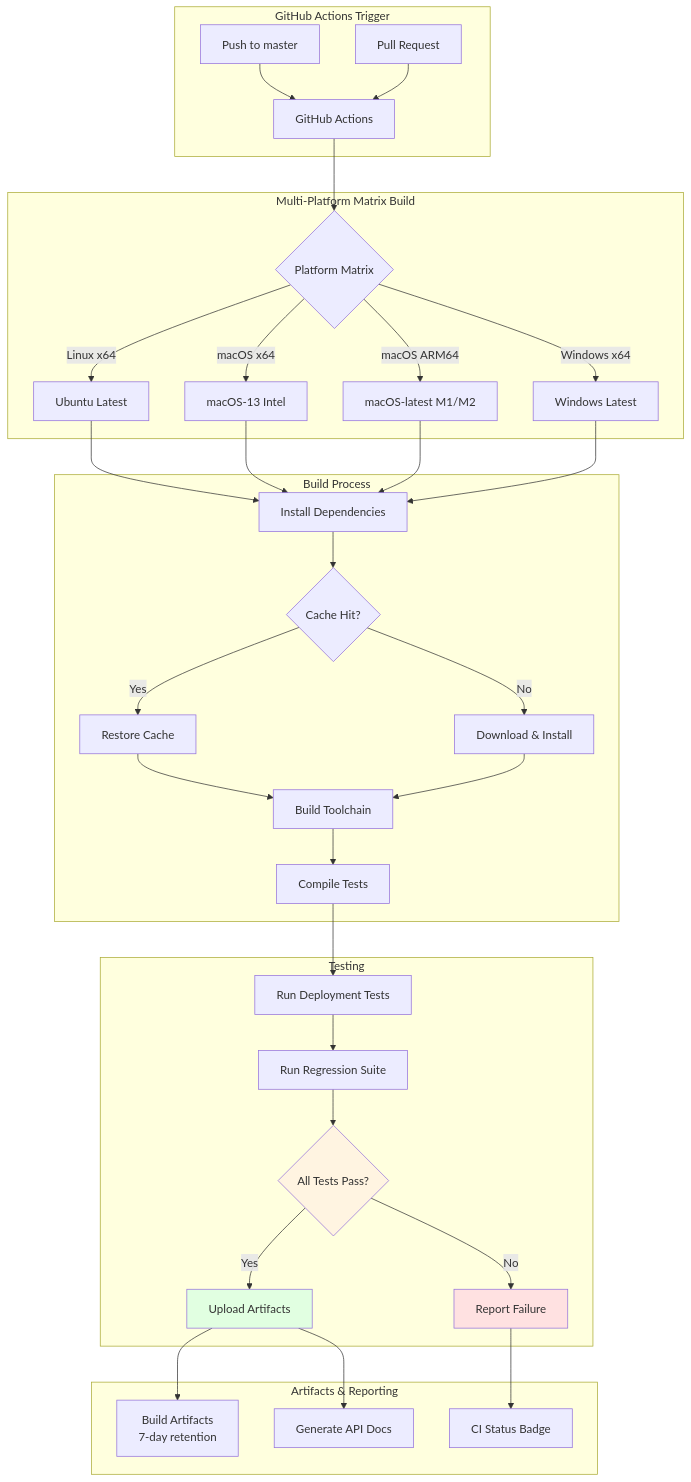
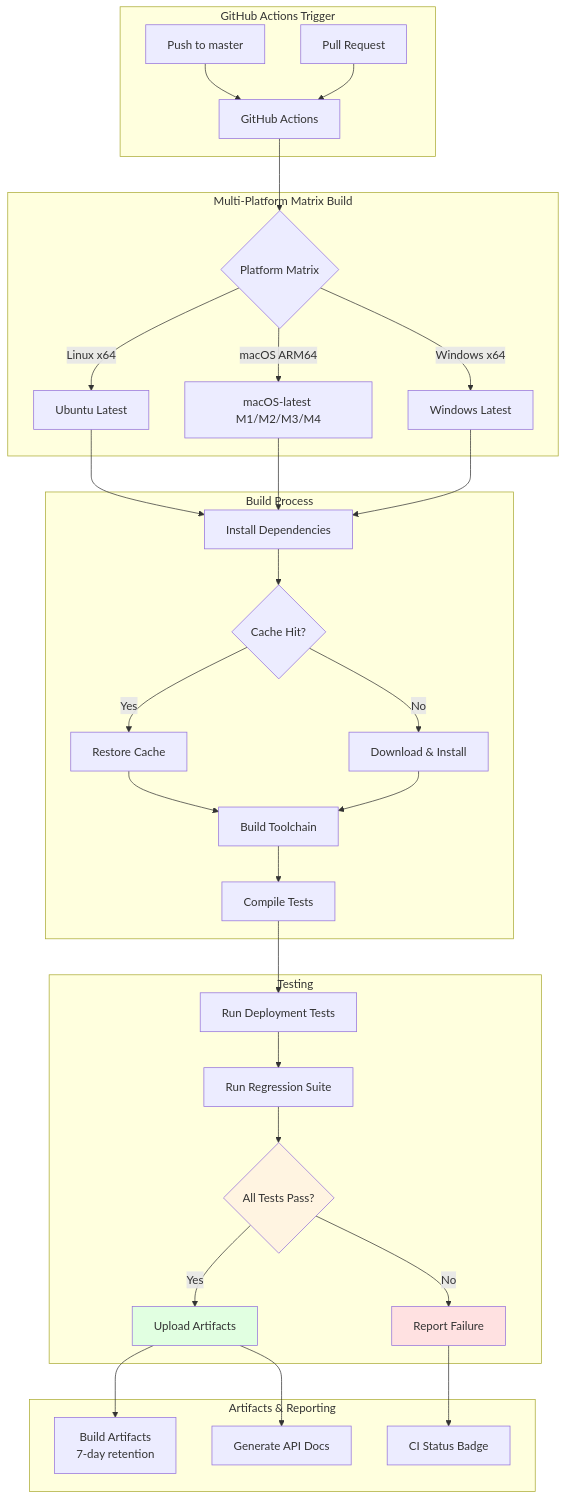
One commit to objeck/objeck-lang changed diagram 15 of 28 in docs/architecture.md. Above: the diagram before and after it, drawn with Mermaid. The commit also changed other lines of this file and 2 other files, not shown here.

Commit message:
Remove Intel macOS support - Apple Silicon only
Changes:
- Removed macOS-13 (Intel) from CI matrix
- Updated documentation to specify Apple Silicon only
- macOS now requires M1/M2/M3/M4 (ARM64)
- Platform matrix reduced from 4 to 3 builds:
  * Linux x64 (Ubuntu)
  * macOS ARM64 (Apple Silicon)
  * Windows x64

Updated references:
- CI workflow: Removed macos-13 build configuration
- core/readme.md: Clarified Apple Silicon requirement
- docs/architecture.md: Updated platform tables and CI diagrams

Rationale: Code only runs on latest macOS (Sequoia+) which requires
Apple Silicon. Intel macOS support has been dropped.

````diff
--- a/docs/architecture.md
+++ b/docs/architecture.md
@@ -705,46 +705,45 @@
 ```mermaid
 graph TB
     subgraph "GitHub Actions Trigger"
         A[Push to master] --> B[GitHub Actions]
         C[Pull Request] --> B
     end
 
     subgraph "Multi-Platform Matrix Build"
         B --> D{Platform Matrix}
 
         D -->|Linux x64| E1[Ubuntu Latest]
-        D -->|macOS x64| E2[macOS-13 Intel]
-        D -->|macOS ARM64| E3[macOS-latest M1/M2]
-        D -->|Windows x64| E4[Windows Latest]
+        D -->|macOS ARM64| E2[macOS-latest M1/M2/M3/M4]
+        D -->|Windows x64| E3[Windows Latest]
     end
 
     subgraph "Build Process"
-        E1 & E2 & E3 & E4 --> F[Install Dependencies]
+        E1 & E2 & E3 --> F[Install Dependencies]
 
         F --> G{Cache Hit?}
         G -->|Yes| H[Restore Cache]
         G -->|No| I[Download & Install]
 
         H & I --> J[Build Toolchain]
         J --> K[Compile Tests]
     end
 
     subgraph "Testing"
         K --> L[Run Deployment Tests]
         L --> M[Run Regression Suite]
         M --> N{All Tests Pass?}
 
         N -->|Yes| O[Upload Artifacts]
         N -->|No| P[Report Failure]
     end
 
     subgraph "Artifacts & Reporting"
         O --> Q[Build Artifacts<br/>7-day retention]
         O --> R[Generate API Docs]
         P --> S[CI Status Badge]
     end
 
     style N fill:#fff4e1
     style O fill:#e1ffe1
     style P fill:#ffe1e1
 ```
````
